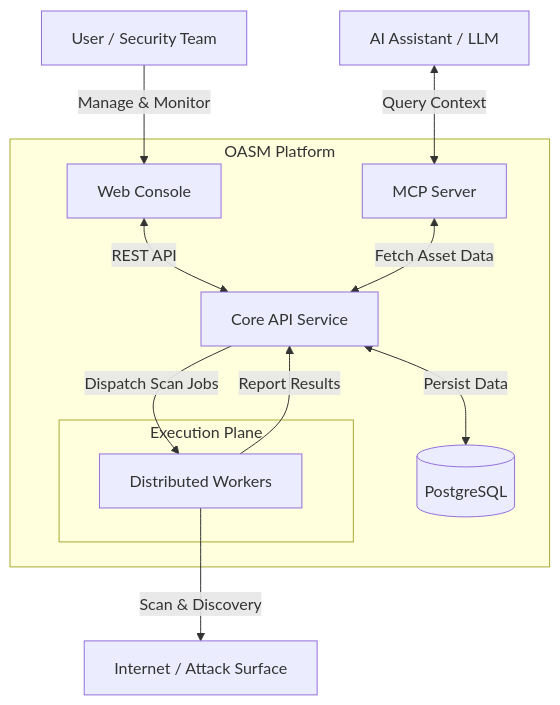
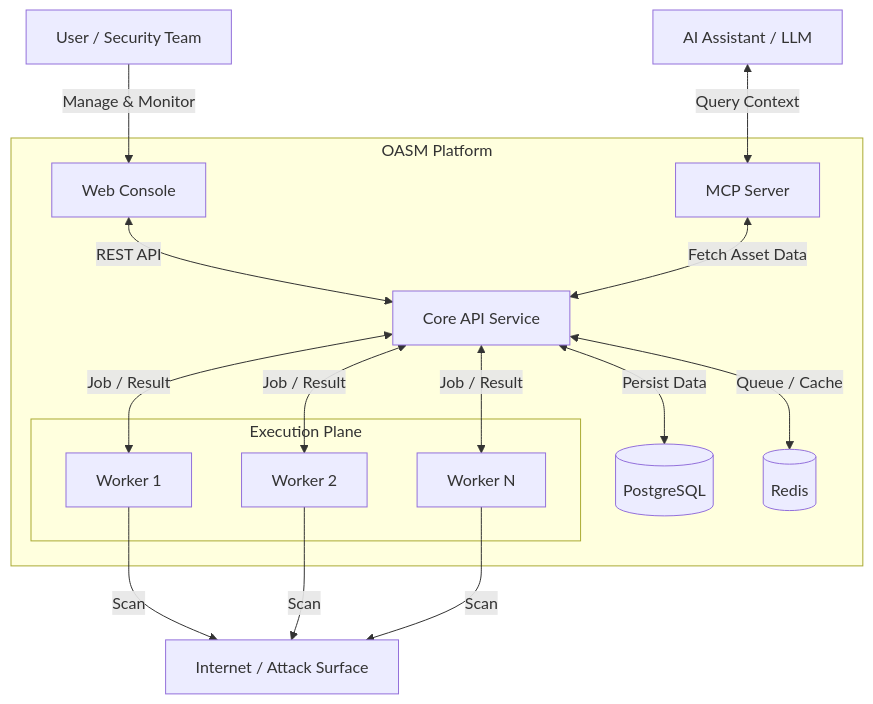
The diagram in README.md (oasm-platform/open-asm), drawn with Mermaid before and after one commit. The commit also changed other lines of this file, not shown here.

Commit message:
chore(docs): system architecture details in README
Enhanced the system architecture section by adding details about asset management, Redis integration, and AI components.

````diff
--- a/README.md
+++ b/README.md
@@ -42,35 +45,43 @@
 ```mermaid
 graph TD
     %% Actors & External
     User[User / Security Team]
     AI[AI Assistant / LLM]
     Internet[Internet / Attack Surface]
 
     %% Core Components
     subgraph "OASM Platform"
         Console[Web Console]
         API[Core API Service]
         DB[(PostgreSQL)]
+        Redis[(Redis)]
         MCP[MCP Server]
 
         subgraph "Execution Plane"
-            Worker[Distributed Workers]
+            W1[Worker 1]
+            W2[Worker 2]
+            WN[Worker N]
         end
     end
 
     %% Relationships
     User -->|Manage & Monitor| Console
     Console <-->|REST API| API
 
     API <-->|Persist Data| DB
+    API <-->|Queue / Cache| Redis
 
-    %% Job Flow
-    API -->|Dispatch Scan Jobs| Worker
-    Worker -->|Report Results| API
-    Worker -->|Scan & Discovery| Internet
+    %% Job Flow (2-way)
+    API <-->|Job / Result| W1
+    API <-->|Job / Result| W2
+    API <-->|Job / Result| WN
+
+    %% Scan
+    W1 -->|Scan| Internet
+    W2 -->|Scan| Internet
+    WN -->|Scan| Internet
 
     %% AI Flow
     AI <-->|Query Context| MCP
     MCP <-->|Fetch Asset Data| API
-
 ```
````
